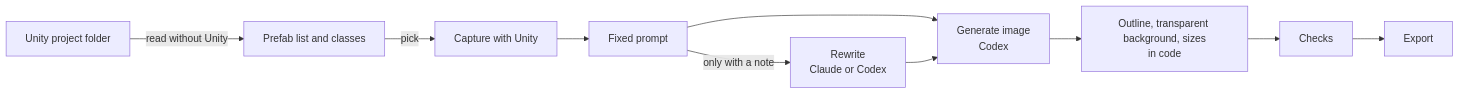
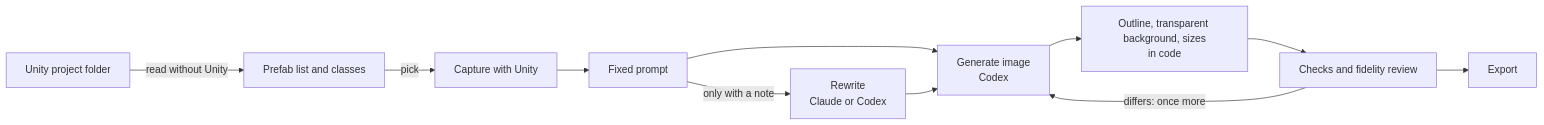
The diagram in README.en.md (cykim-bs/unity-icon-studio), drawn with Mermaid before and after one commit. The commit also changed other lines of this file and 3 other files, not shown here.

````diff
--- a/README.en.md
+++ b/README.en.md
@@ -16,11 +16,12 @@
 ```mermaid
 flowchart LR
   P[Unity project folder] -->|read without Unity| L[Prefab list and classes]
   L -->|pick| C[Capture with Unity]
   C --> F[Fixed prompt]
   F -->|only with a note| R[Rewrite<br>Claude or Codex]
   F --> G[Generate image<br>Codex]
   R --> G
   G --> O[Outline, transparent background, sizes<br>in code]
-  O --> K[Checks] --> E[Export]
+  O --> K[Checks and fidelity review] --> E[Export]
+  K -->|differs: once more| G
 ```
````
